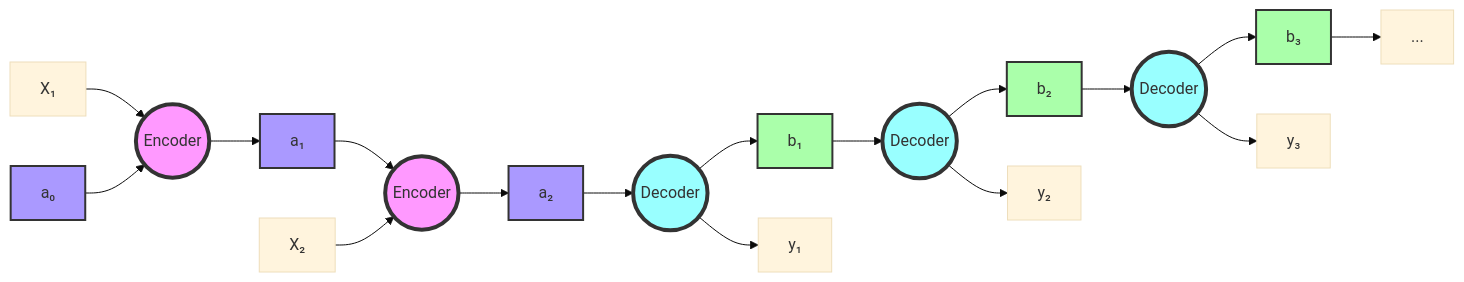
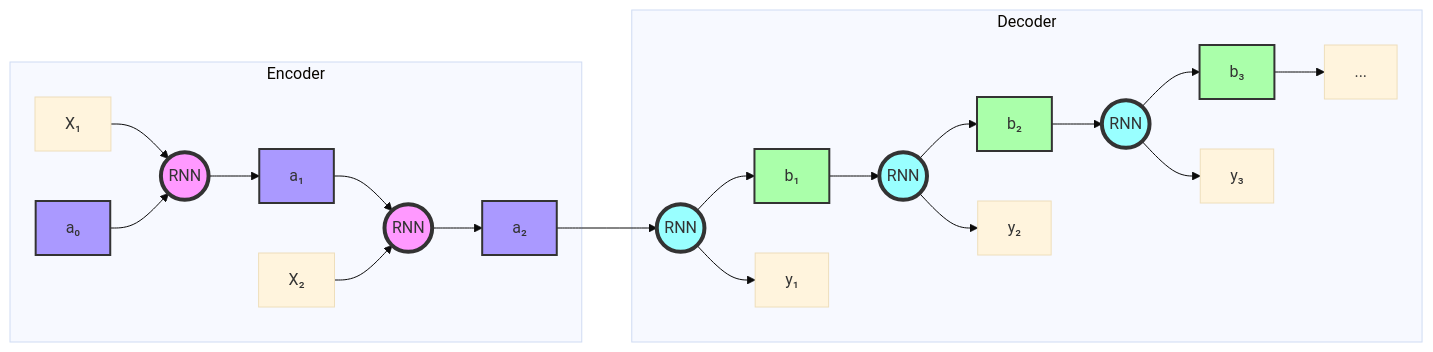
The fifth of 8 diagrams in fundamentals/architecture/sequence_models/RNN.md (farriolsartur/Neural-Network-Notes), drawn with Mermaid (base theme) before and after one commit. The commit also changed other lines of this file and 14 other files, not shown here.

````diff
--- a/fundamentals/architecture/sequence_models/RNN.md
+++ b/fundamentals/architecture/sequence_models/RNN.md
@@ -191,36 +191,40 @@
 ```mermaid
 graph LR
-    X1[X₁] --> ENC1((Encoder))
-    A0[a₀] --> ENC1
-    ENC1 --> A1[a₁]
+    subgraph Encoder
+        X1[X₁] --> ENC1((RNN))
+        A0[a₀] --> ENC1
+        ENC1 --> A1[a₁]
+        
+        A1 --> ENC2((RNN))
+        X2[X₂] --> ENC2
+        ENC2 --> A2[a₂]
+    end
     
-    A1 --> ENC2((Encoder))
-    X2[X₂] --> ENC2
-    ENC2 --> A2[a₂]
-    
-    A2 --> DEC1((Decoder))
-    DEC1 --> B1[b₁]
-    DEC1 --> Y1[y₁]
-    
-    B1 --> DEC2((Decoder))
-    DEC2 --> B2[b₂]
-    DEC2 --> Y2[y₂]
-    
-    B2 --> DEC3((Decoder))
-    DEC3 --> B3[b₃]
-    DEC3 --> Y3[y₃]
-    
-    B3 --> DOTS[...]
+    subgraph Decoder
+        A2 --> DEC1((RNN))
+        DEC1 --> B1[b₁]
+        DEC1 --> Y1[y₁]
+        
+        B1 --> DEC2((RNN))
+        DEC2 --> B2[b₂]
+        DEC2 --> Y2[y₂]
+        
+        B2 --> DEC3((RNN))
+        DEC3 --> B3[b₃]
+        DEC3 --> Y3[y₃]
+        
+        B3 --> DOTS[...]
+    end
     
     style ENC1 fill:#f9f,stroke:#333,stroke-width:4px
     style ENC2 fill:#f9f,stroke:#333,stroke-width:4px
     style DEC1 fill:#9ff,stroke:#333,stroke-width:4px
     style DEC2 fill:#9ff,stroke:#333,stroke-width:4px
     style DEC3 fill:#9ff,stroke:#333,stroke-width:4px
     style A0 fill:#a9f,stroke:#333,stroke-width:2px
     style A1 fill:#a9f,stroke:#333,stroke-width:2px
     style A2 fill:#a9f,stroke:#333,stroke-width:2px
     style B1 fill:#afa,stroke:#333,stroke-width:2px
     style B2 fill:#afa,stroke:#333,stroke-width:2px
     style B3 fill:#afa,stroke:#333,stroke-width:2px
 ```
````
